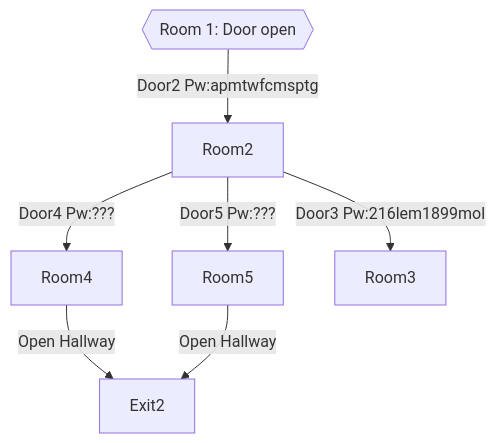
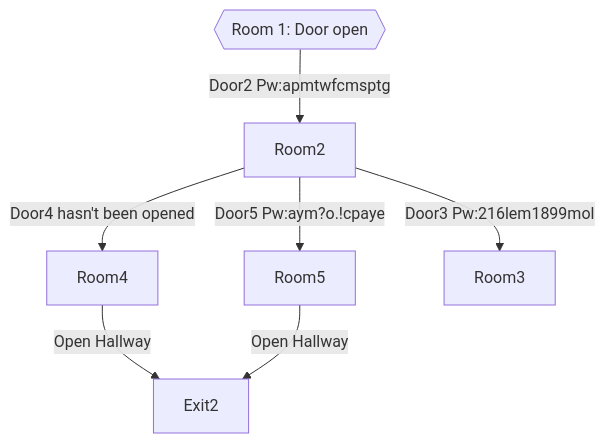
The diagram in Users/overseer_lr4.md (3ncy/ARRS-s6), drawn with Mermaid before and after one commit. The commit also changed other lines of this file and 28 other files, not shown here.

````diff
--- a/Users/overseer_lr4.md
+++ b/Users/overseer_lr4.md
@@ -65,10 +69,10 @@
 ```mermaid
 graph TD;
 start{{Room 1: Door open}} --Door2 Pw:apmtwfcmsptg--> Room2
-Room2 --Door5 Pw:???--> Room5
-Room2 --Door4 Pw:???--> Room4
+Room2 --Door5 Pw:aym?o.!cpaye--> Room5
+Room2 --Door4 hasn't been opened --> Room4
 Room2 --Door3 Pw:216lem1899mol--> Room3
 Room4 --Open Hallway--> Exit2
 Room5 --Open Hallway--> Exit2
 
 ```
````
